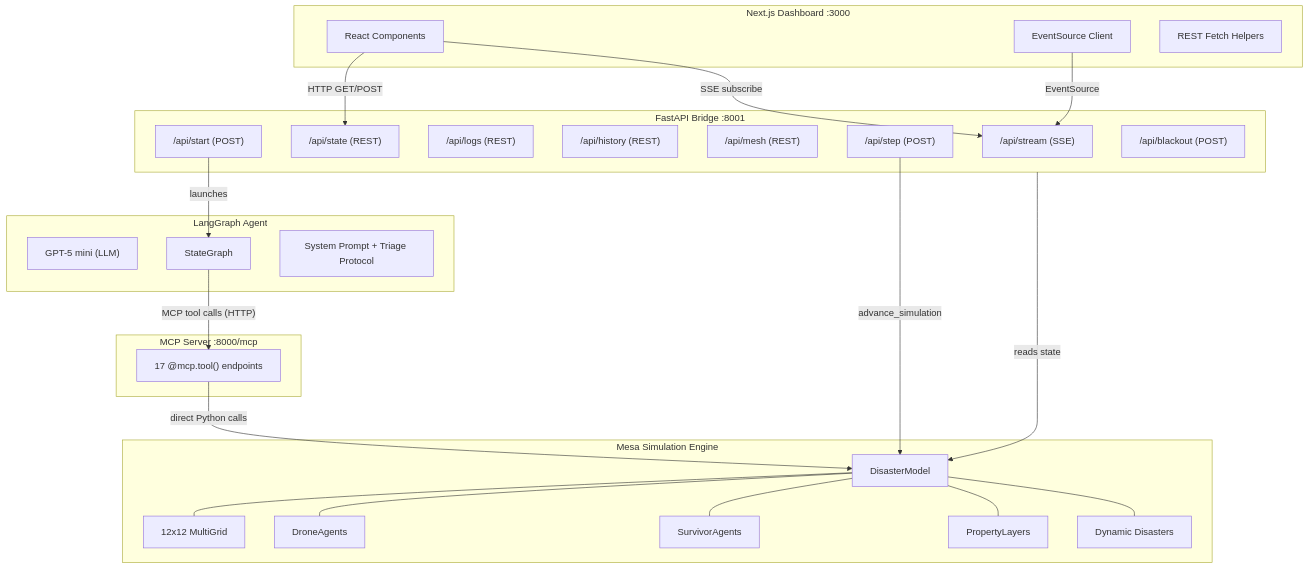
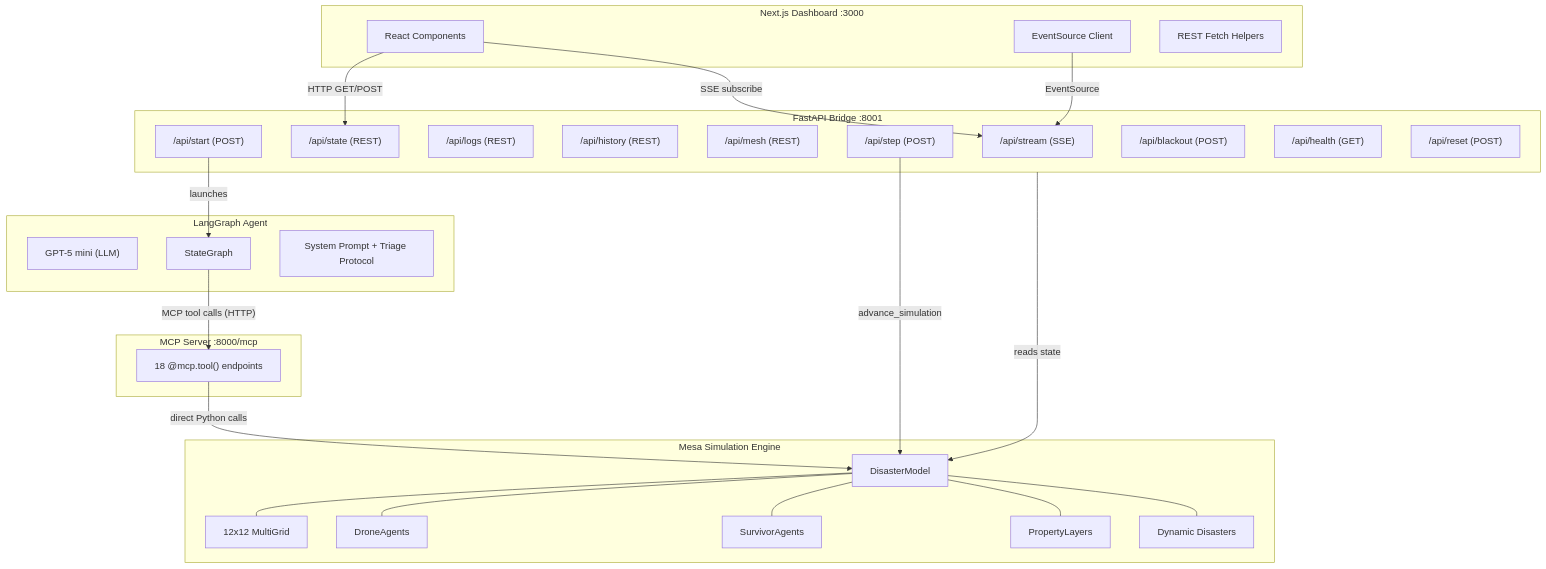
The first of 10 diagrams in architecture.md (Andersonnn7788/drone-agents), drawn with Mermaid before and after one commit. The commit also changed other lines of this file and 27 other files, not shown here.

````diff
--- a/architecture.md
+++ b/architecture.md
@@ -11,56 +11,58 @@
 ```mermaid
 flowchart TB
     subgraph Frontend["Next.js Dashboard :3000"]
         RC[React Components]
         ES[EventSource Client]
         REST_C[REST Fetch Helpers]
     end
 
     subgraph API["FastAPI Bridge :8001"]
         SSE["/api/stream (SSE)"]
         STATE["/api/state (REST)"]
         LOGS["/api/logs (REST)"]
         HIST["/api/history (REST)"]
         MESH_EP["/api/mesh (REST)"]
         START["/api/start (POST)"]
         STEP["/api/step (POST)"]
         BLACKOUT_EP["/api/blackout (POST)"]
+        HEALTH["/api/health (GET)"]
+        RESET["/api/reset (POST)"]
     end
 
     subgraph Agent["LangGraph Agent"]
         LLM["GPT-5 mini (LLM)"]
         SG[StateGraph]
         SP[System Prompt + Triage Protocol]
     end
 
     subgraph MCP["MCP Server :8000/mcp"]
-        TOOLS["17 @mcp.tool() endpoints"]
+        TOOLS["18 @mcp.tool() endpoints"]
     end
 
     subgraph Sim["Mesa Simulation Engine"]
         MODEL[DisasterModel]
         GRID["12x12 MultiGrid"]
         DRONES[DroneAgents]
         SURVIVORS[SurvivorAgents]
         PL[PropertyLayers]
         DYN[Dynamic Disasters]
     end
 
     RC -->|"SSE subscribe"| SSE
     RC -->|"HTTP GET/POST"| STATE
     ES -->|"EventSource"| SSE
 
     API -->|"reads state"| MODEL
 
     SG -->|"MCP tool calls (HTTP)"| TOOLS
     TOOLS -->|"direct Python calls"| MODEL
 
     START -->|"launches"| SG
     STEP -->|"advance_simulation"| MODEL
 
     MODEL --- GRID
     MODEL --- DRONES
     MODEL --- SURVIVORS
     MODEL --- PL
     MODEL --- DYN
 ```
````
